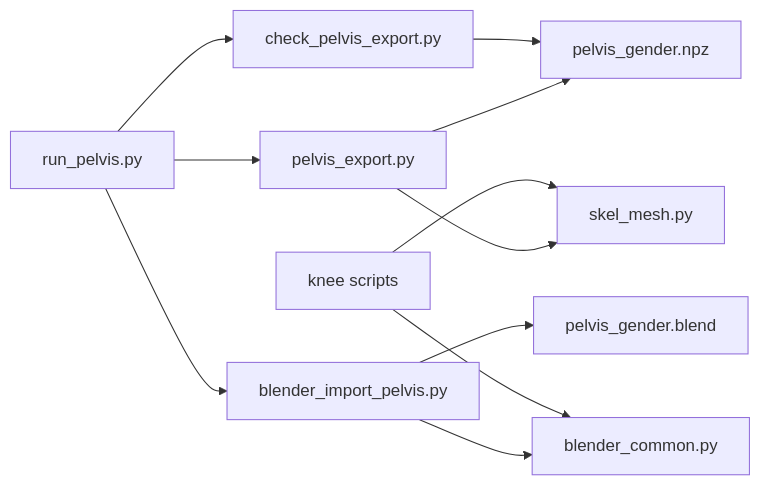
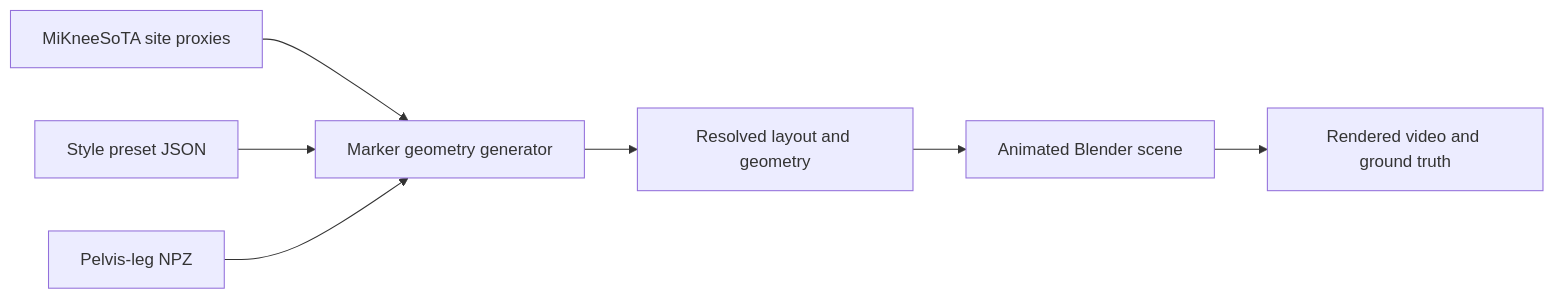
Before and after one commit to Paula-Gal/Knee-Tattoos: the diagram in .junie/plans/pelvis-export-and-marker-design.md, drawn with Mermaid. The commit also changed other lines of this file and 14 other files, not shown here.

Commit message:
Added miKneeSOTA marker positions. as well as an option to select marker positioins yourself, although untested

````diff
--- a/.junie/plans/pelvis-export-and-marker-design.md
+++ b/.junie/plans/pelvis-export-and-marker-design.md
@@ -133,13 +95,9 @@
 ```mermaid
 graph LR
-  R[run_pelvis.py] --> E[pelvis_export.py]
-  E --> SM[skel_mesh.py]
-  E --> N[pelvis_gender.npz]
-  R --> C[check_pelvis_export.py]
-  C --> N
-  R --> B[blender_import_pelvis.py]
-  B --> BC[blender_common.py]
-  B --> BL[pelvis_gender.blend]
-  K[knee scripts] --> SM
-  K --> BC
+  S[MiKneeSoTA site proxies] --> G[Marker geometry generator]
+  P[Style preset JSON] --> G
+  N[Pelvis-leg NPZ] --> G
+  G --> L[Resolved layout and geometry]
+  L --> B[Animated Blender scene]
+  B --> R[Rendered video and ground truth]
 ```
````
